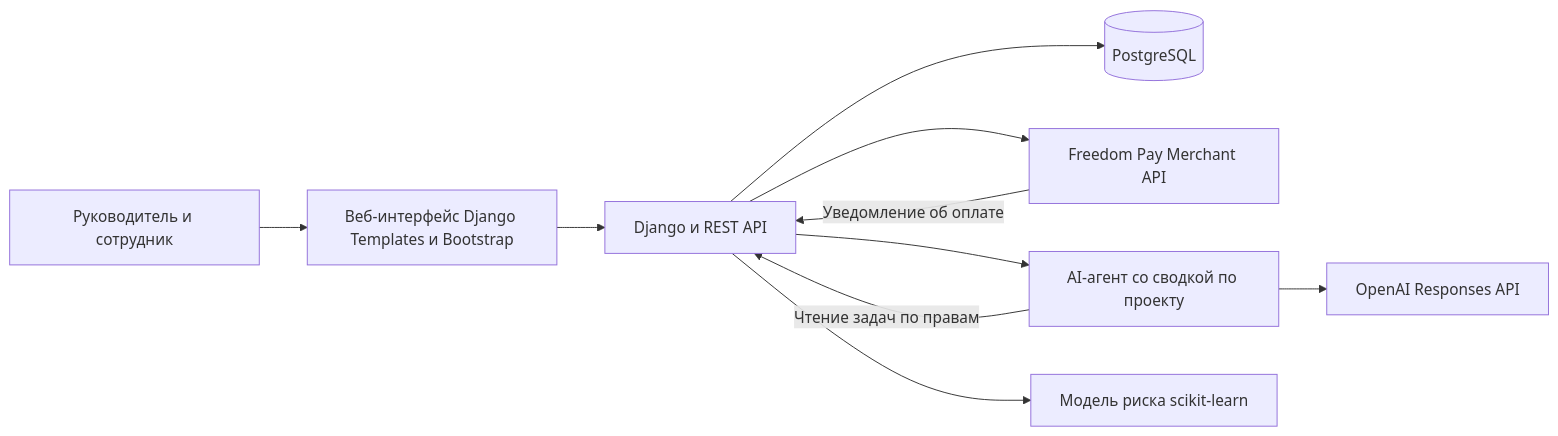
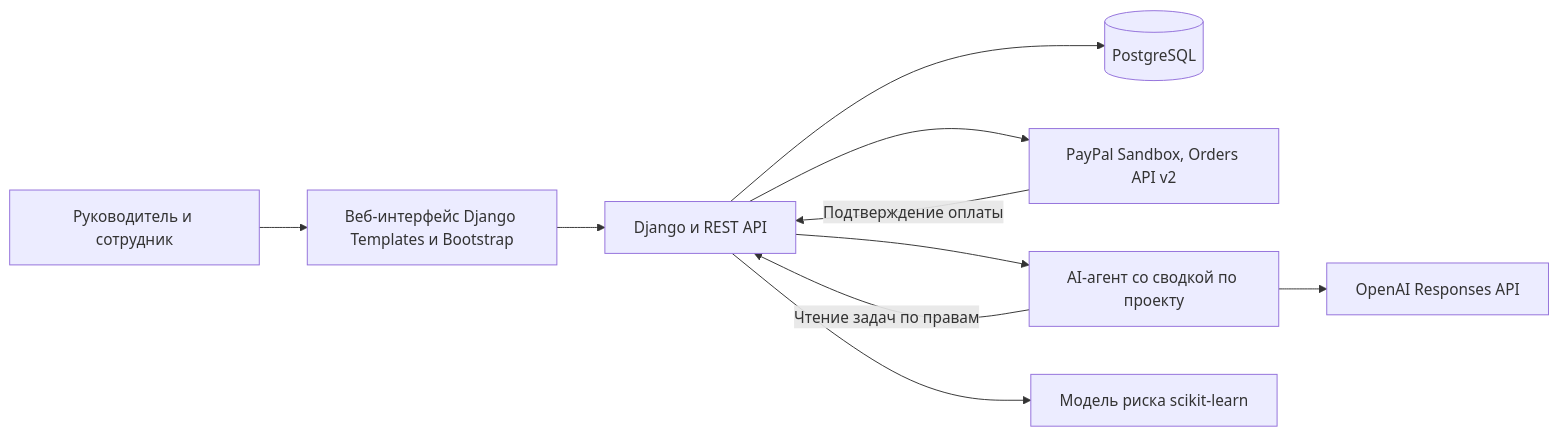
Before and after one commit to Hikatsuro/task-control: the diagram in docs/architecture.md, drawn with Mermaid. The commit also changed other lines of this file and 121 other files, not shown here.

First line of the commit message:
Обновить полную версию: AI-чат, PayPal Sandbox, чистка фронтенда, порты

````diff
--- a/docs/architecture.md
+++ b/docs/architecture.md
@@ -3,12 +3,12 @@
 ```mermaid
 flowchart LR
   U[Руководитель и сотрудник] --> F[Веб-интерфейс Django Templates и Bootstrap]
   F --> B[Django и REST API]
   B --> D[(PostgreSQL)]
-  B --> P[Freedom Pay Merchant API]
-  P -->|Уведомление об оплате| B
+  B --> P[PayPal Sandbox, Orders API v2]
+  P -->|Подтверждение оплаты| B
   B --> A[AI-агент со сводкой по проекту]
   A --> L[OpenAI Responses API]
   A -->|Чтение задач по правам| B
   B --> M[Модель риска scikit-learn]
 ```
````
